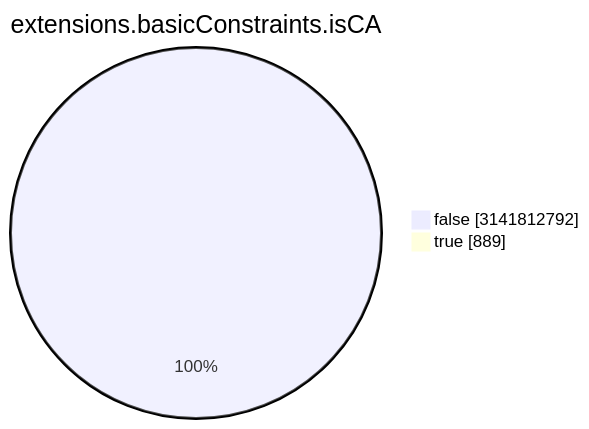
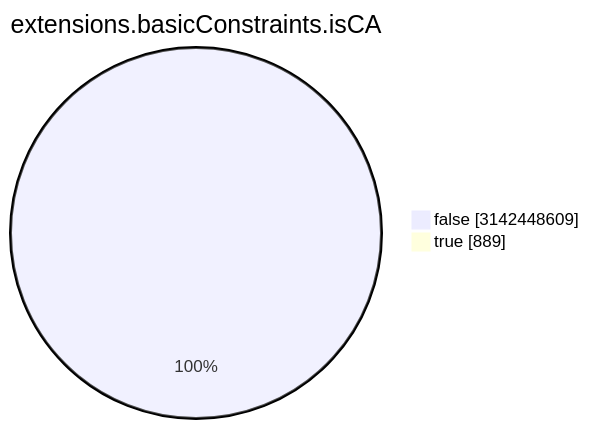
One commit to christiankrug/ctmonitor_visualization changed the seventh of 15 diagrams in TOTAL/README.md. Above: the diagram before and after it, drawn with Mermaid. The commit also changed other lines of this file, not shown here.

````diff
--- a/TOTAL/README.md
+++ b/TOTAL/README.md
@@ -3088,6 +3088,6 @@
 ```mermaid
 pie showData
 title extensions.basicConstraints.isCA
-"false" :3141812792
+"false" :3142448609
 "true" :889
 ```
````
